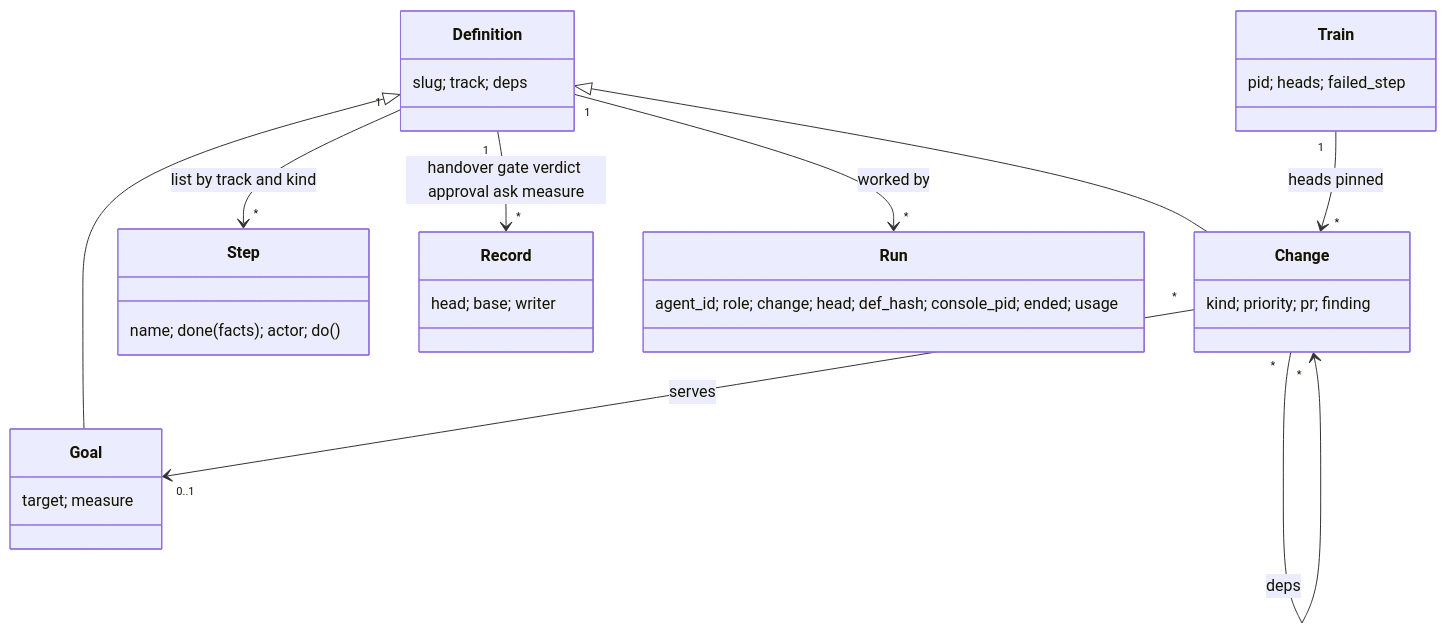
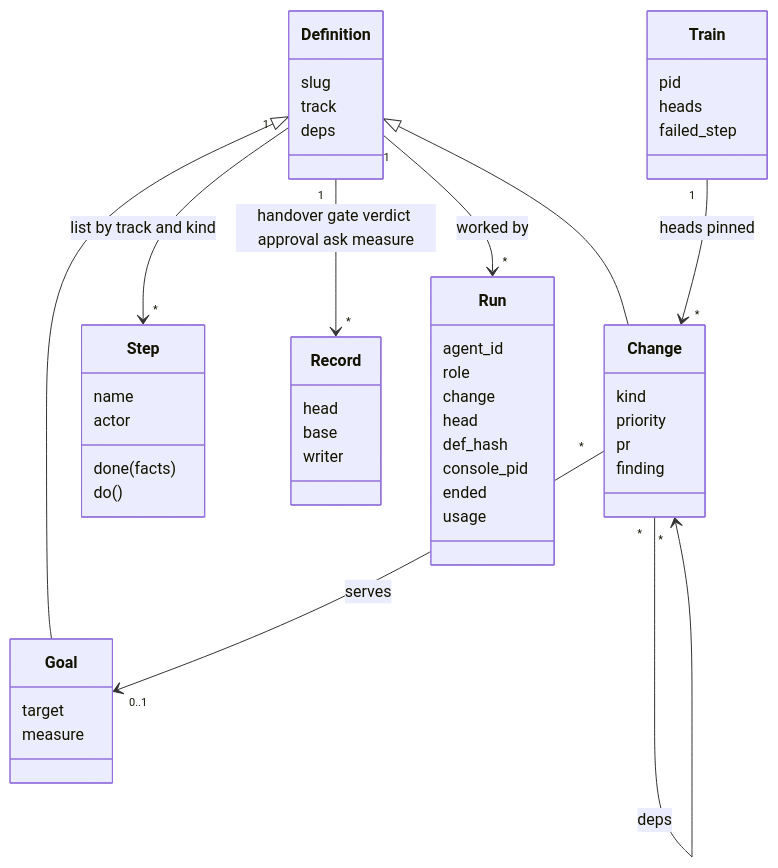
One commit to AlexPerrin/osrs-harness changed the second of 6 diagrams in docs/ARCHITECTURE.md. Above: the diagram before and after it, drawn with Mermaid.

Commit message:
docs: ARCHITECTURE class diagram, one member per line (mermaid reads ; as a break)

````diff
--- a/docs/ARCHITECTURE.md
+++ b/docs/ARCHITECTURE.md
@@ -198,18 +198,52 @@
 ```mermaid
 classDiagram
-  class Definition { slug; track; deps }
-  class Goal { target; measure }
-  class Change { kind; priority; pr; finding }
-  class Step { name; done(facts); actor; do() }
-  class Record { head; base; writer }
-  class Run { agent_id; role; change; head; def_hash; console_pid; ended; usage }
-  class Train { pid; heads; failed_step }
+  class Definition {
+    slug
+    track
+    deps
+  }
+  class Goal {
+    target
+    measure
+  }
+  class Change {
+    kind
+    priority
+    pr
+    finding
+  }
+  class Step {
+    name
+    done(facts)
+    actor
+    do()
+  }
+  class Record {
+    head
+    base
+    writer
+  }
+  class Run {
+    agent_id
+    role
+    change
+    head
+    def_hash
+    console_pid
+    ended
+    usage
+  }
+  class Train {
+    pid
+    heads
+    failed_step
+  }
   Definition <|-- Goal
   Definition <|-- Change
   Change "*" --> "*" Change : deps
   Change "*" --> "0..1" Goal : serves
   Definition "1" --> "*" Step : list by track and kind
   Definition "1" --> "*" Record : handover gate verdict approval ask measure
   Definition "1" --> "*" Run : worked by
   Train "1" --> "*" Change : heads pinned
 ```
````
